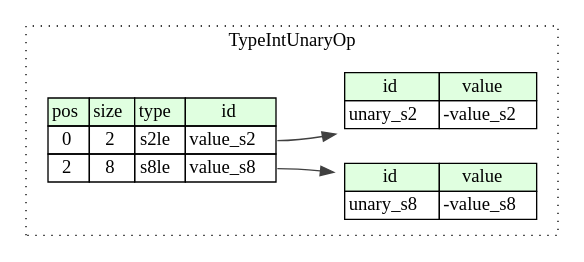
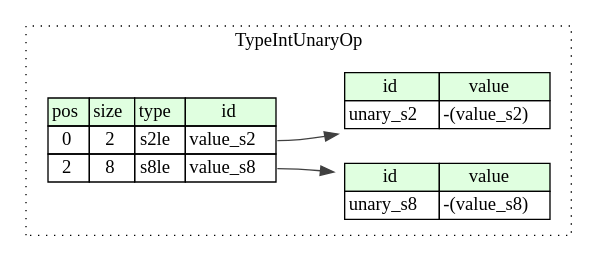
One commit to kaitai-io/ci_targets changed the diagram in compiled/graphviz/type_int_unary_op.dot. Above: the diagram before and after it, drawn with Graphviz. The commit also changed 1059 other files, not shown here.

```diff
--- a/compiled/graphviz/type_int_unary_op.dot
+++ b/compiled/graphviz/type_int_unary_op.dot
@@ -1,24 +1,24 @@
 digraph {
 	rankdir=LR;
 	node [shape=plaintext];
 	subgraph cluster__type_int_unary_op {
 		label="TypeIntUnaryOp";
 		graph[style=dotted];
 
 		type_int_unary_op__seq [label=<<TABLE BORDER="0" CELLBORDER="1" CELLSPACING="0">
 			<TR><TD BGCOLOR="#E0FFE0">pos</TD><TD BGCOLOR="#E0FFE0">size</TD><TD BGCOLOR="#E0FFE0">type</TD><TD BGCOLOR="#E0FFE0">id</TD></TR>
 			<TR><TD PORT="value_s2_pos">0</TD><TD PORT="value_s2_size">2</TD><TD>s2le</TD><TD PORT="value_s2_type">value_s2</TD></TR>
 			<TR><TD PORT="value_s8_pos">2</TD><TD PORT="value_s8_size">8</TD><TD>s8le</TD><TD PORT="value_s8_type">value_s8</TD></TR>
 		</TABLE>>];
 		type_int_unary_op__inst__unary_s2 [label=<<TABLE BORDER="0" CELLBORDER="1" CELLSPACING="0">
 			<TR><TD BGCOLOR="#E0FFE0">id</TD><TD BGCOLOR="#E0FFE0">value</TD></TR>
-			<TR><TD>unary_s2</TD><TD>-value_s2</TD></TR>
+			<TR><TD>unary_s2</TD><TD>-(value_s2)</TD></TR>
 		</TABLE>>];
 		type_int_unary_op__inst__unary_s8 [label=<<TABLE BORDER="0" CELLBORDER="1" CELLSPACING="0">
 			<TR><TD BGCOLOR="#E0FFE0">id</TD><TD BGCOLOR="#E0FFE0">value</TD></TR>
-			<TR><TD>unary_s8</TD><TD>-value_s8</TD></TR>
+			<TR><TD>unary_s8</TD><TD>-(value_s8)</TD></TR>
 		</TABLE>>];
 	}
 	type_int_unary_op__seq:value_s2_type -> type_int_unary_op__inst__unary_s2 [color="#404040"];
 	type_int_unary_op__seq:value_s8_type -> type_int_unary_op__inst__unary_s8 [color="#404040"];
 }
```
